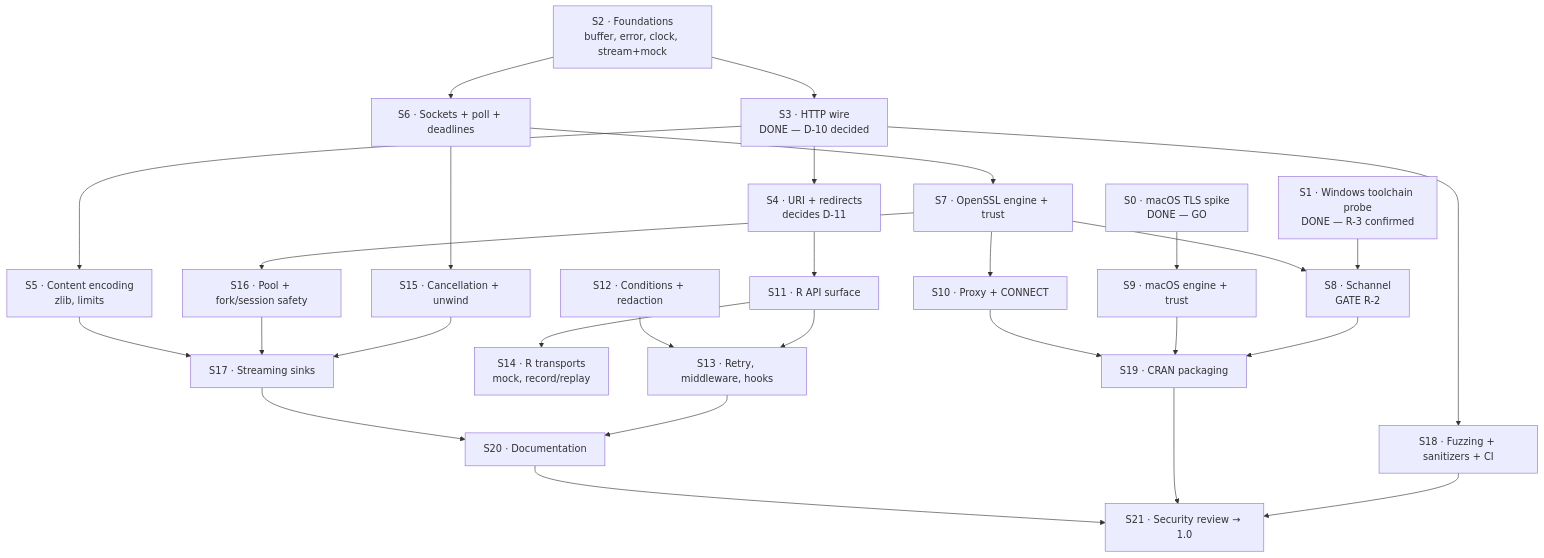
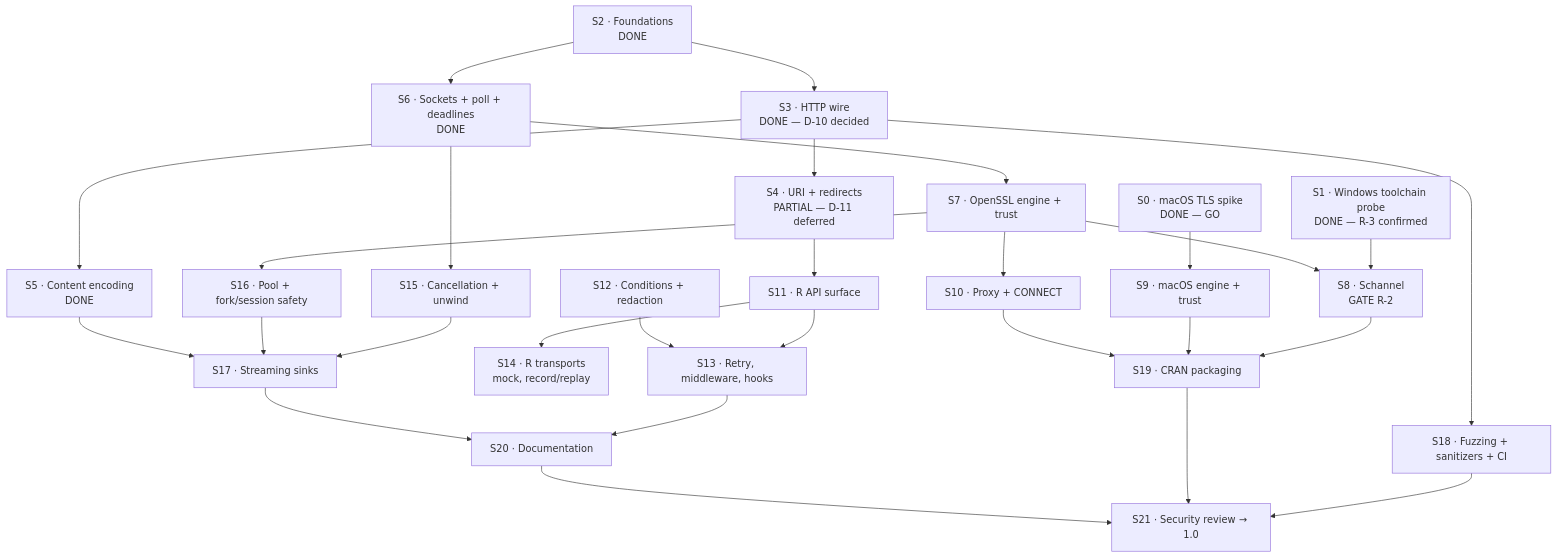
The diagram in roadmap.md (pedrobtz/zuhttp), drawn with Mermaid before and after one commit. The commit also changed other lines of this file and 9 other files, not shown here.

````diff
--- a/roadmap.md
+++ b/roadmap.md
@@ -28,58 +28,58 @@
 ```mermaid
 graph TD
     S0["S0 · macOS TLS spike<br/>DONE — GO"]
     S1["S1 · Windows toolchain probe<br/>DONE — R-3 confirmed"]
 
-    S2["S2 · Foundations<br/>buffer, error, clock, stream+mock"]
+    S2["S2 · Foundations<br/>DONE"]
     S3["S3 · HTTP wire<br/>DONE — D-10 decided"]
-    S4["S4 · URI + redirects<br/>decides D-11"]
-    S5["S5 · Content encoding<br/>zlib, limits"]
+    S4["S4 · URI + redirects<br/>PARTIAL — D-11 deferred"]
+    S5["S5 · Content encoding<br/>DONE"]
 
-    S6["S6 · Sockets + poll + deadlines"]
+    S6["S6 · Sockets + poll + deadlines<br/>DONE"]
     S7["S7 · OpenSSL engine + trust"]
     S8["S8 · Schannel<br/>GATE R-2"]
     S9["S9 · macOS engine + trust"]
     S10["S10 · Proxy + CONNECT"]
 
     S11["S11 · R API surface"]
     S12["S12 · Conditions + redaction"]
     S13["S13 · Retry, middleware, hooks"]
     S14["S14 · R transports<br/>mock, record/replay"]
 
     S15["S15 · Cancellation + unwind"]
     S16["S16 · Pool + fork/session safety"]
     S17["S17 · Streaming sinks"]
 
     S18["S18 · Fuzzing + sanitizers + CI"]
     S19["S19 · CRAN packaging"]
     S20["S20 · Documentation"]
     S21["S21 · Security review → 1.0"]
 
     S0 --> S9
     S1 --> S8
     S2 --> S3
     S2 --> S6
     S3 --> S4
     S3 --> S5
     S3 --> S18
     S6 --> S7
     S6 --> S15
     S7 --> S8
     S7 --> S10
     S7 --> S16
     S8 --> S19
     S9 --> S19
     S4 --> S11
     S11 --> S13
     S12 --> S13
     S11 --> S14
     S15 --> S17
     S16 --> S17
     S13 --> S20
     S17 --> S20
     S18 --> S21
     S19 --> S21
     S20 --> S21
     S10 --> S19
     S5 --> S17
 ```
````
